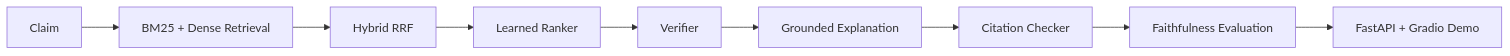
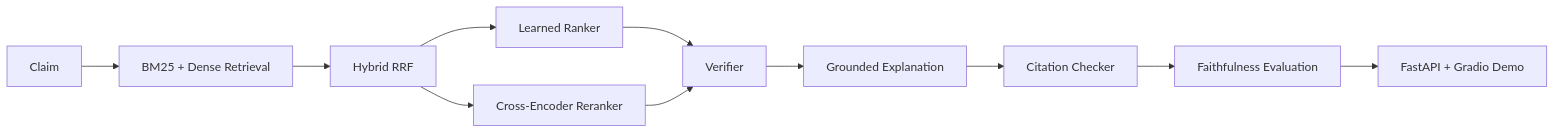
Before and after one commit to sushildalavi/veritas: the diagram in README.md, drawn with Mermaid. The commit also changed other lines of this file and 10 other files, not shown here.

````diff
--- a/README.md
+++ b/README.md
@@ -35,11 +41,13 @@
 ```mermaid
 flowchart LR
     A[Claim] --> B[BM25 + Dense Retrieval]
     B --> C[Hybrid RRF]
     C --> D[Learned Ranker]
-    D --> E[Verifier]
-    E --> F[Grounded Explanation]
-    F --> G[Citation Checker]
-    G --> H[Faithfulness Evaluation]
-    H --> I[FastAPI + Gradio Demo]
+    C --> E[Cross-Encoder Reranker]
+    D --> F[Verifier]
+    E --> F
+    F --> G[Grounded Explanation]
+    G --> H[Citation Checker]
+    H --> I[Faithfulness Evaluation]
+    I --> J[FastAPI + Gradio Demo]
 ```
````
